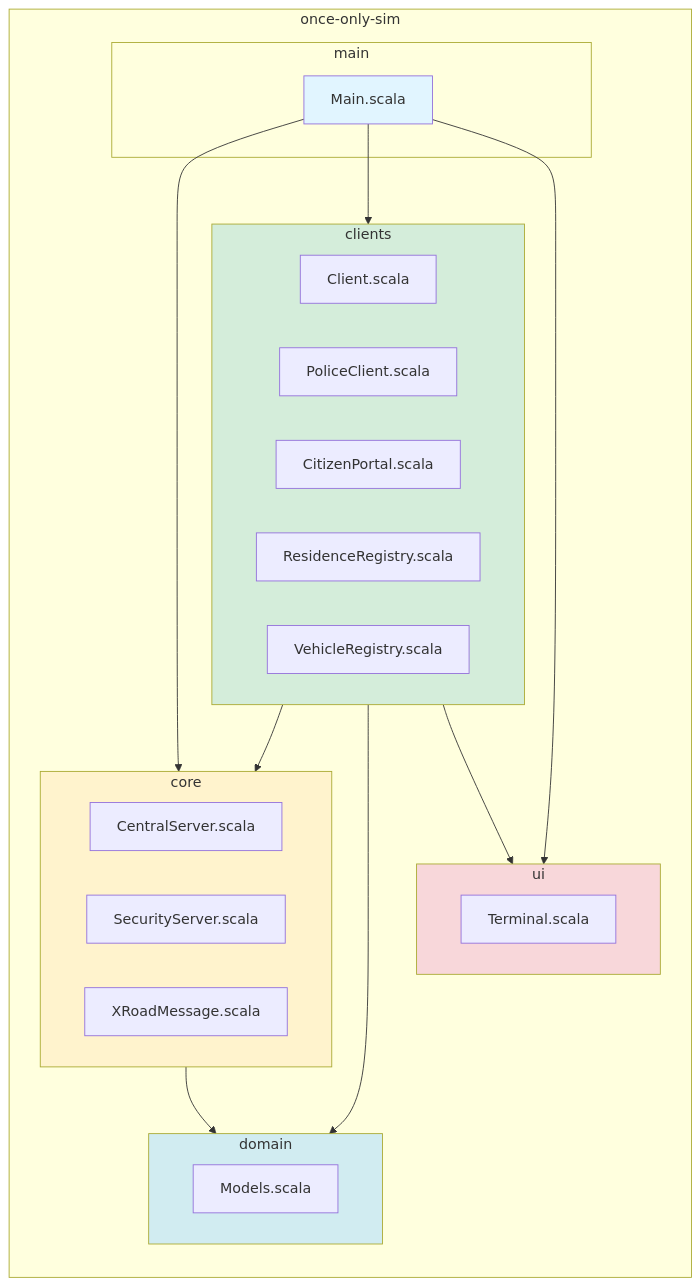
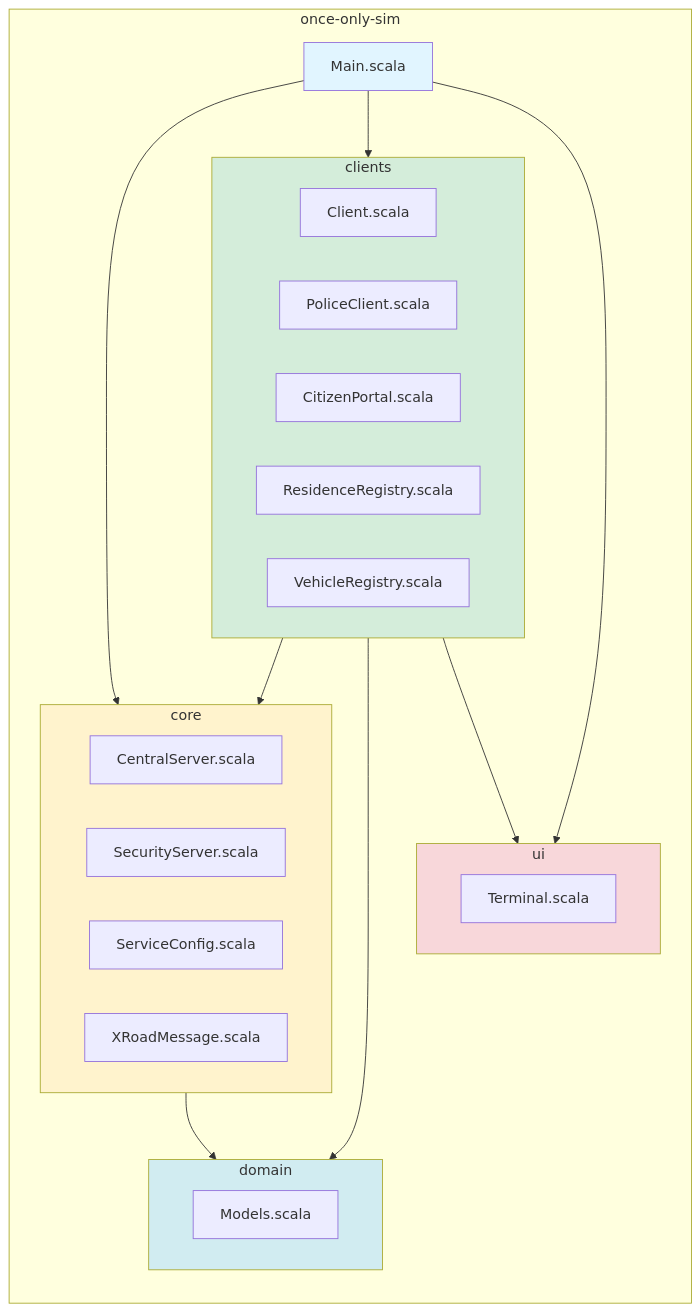
The fourth of 6 diagrams in diagramms/CLASS-DIAGRAM.md (nkoeberlein/once-only-sim), drawn with Mermaid before and after one commit. The commit also changed other lines of this file and 3 other files, not shown here.

Commit message:
Update class diagram

````diff
--- a/diagramms/CLASS-DIAGRAM.md
+++ b/diagramms/CLASS-DIAGRAM.md
@@ -343,45 +429,45 @@
 ```mermaid
 graph LR
     subgraph "once-only-sim"
-        subgraph "main"
-            MAIN[Main.scala]
-        end
-
+        
+        MAIN[Main.scala]
+        
         subgraph "core"
             CS[CentralServer.scala]
             SS[SecurityServer.scala]
+            CONFIG[ServiceConfig.scala]
             XRM[XRoadMessage.scala]
         end
 
         subgraph "clients"
             CLI[Client.scala]
             PC[PoliceClient.scala]
             CP[CitizenPortal.scala]
             RR[ResidenceRegistry.scala]
             VR[VehicleRegistry.scala]
         end
 
         subgraph "domain"
             MOD[Models.scala]
         end
 
         subgraph "ui"
             TERM[Terminal.scala]
         end
     end
 
     MAIN --> core
     MAIN --> clients
     MAIN --> ui
 
     core --> domain
     clients --> core
     clients --> domain
     clients --> ui
 
     style MAIN fill:#e1f5ff
     style core fill:#fff3cd
     style clients fill:#d4edda
     style domain fill:#d1ecf1
     style ui fill:#f8d7da
 ```
````
